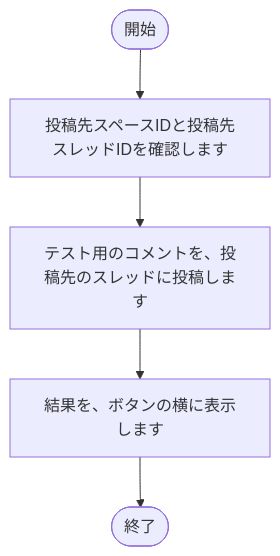
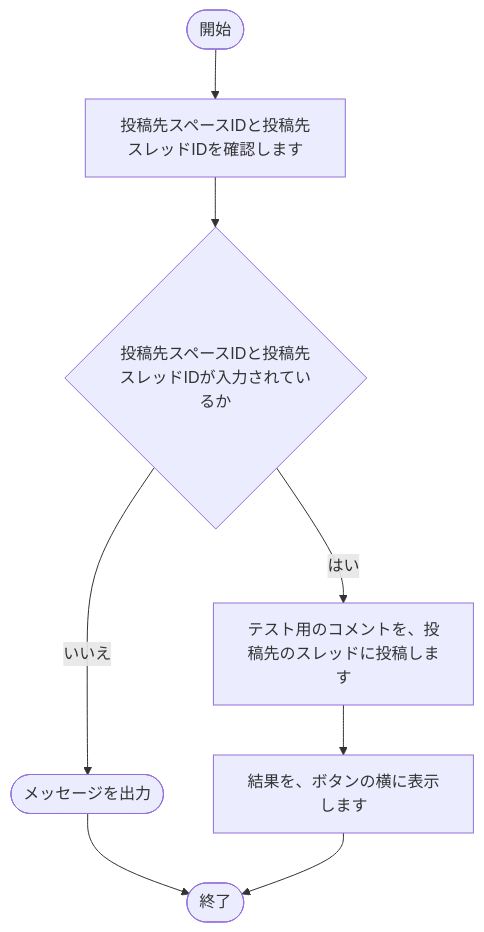
One commit to nishida2073/project_management changed diagram 19 of 24 in tool/kintone-aggregator/doc/02_設計/処理フロー.md. Above: the diagram before and after it, drawn with Mermaid. The commit also changed other lines of this file and 16 other files, not shown here.

````diff
--- a/tool/kintone-aggregator/doc/02_設計/処理フロー.md
+++ b/tool/kintone-aggregator/doc/02_設計/処理フロー.md
@@ -436,12 +450,17 @@
 ```mermaid
 flowchart TD
     S(["開始"])
     E(["終了"])
     N1["投稿先スペースIDと投稿先スレッドIDを確認します"]
     S --> N1
-    N2["テスト用のコメントを、投稿先のスレッドに投稿します"]
+    N2{"投稿先スペースIDと投稿先スレッドIDが入力されているか"}
+    X2(["メッセージを出力"])
+    X2 --> E
+    N2 -- いいえ --> X2
     N1 --> N2
-    N3["結果を、ボタンの横に表示します"]
-    N2 --> N3
-    N3 --> E
+    N3["テスト用のコメントを、投稿先のスレッドに投稿します"]
+    N2 -- はい --> N3
+    N4["結果を、ボタンの横に表示します"]
+    N3 --> N4
+    N4 --> E
 ```
````
